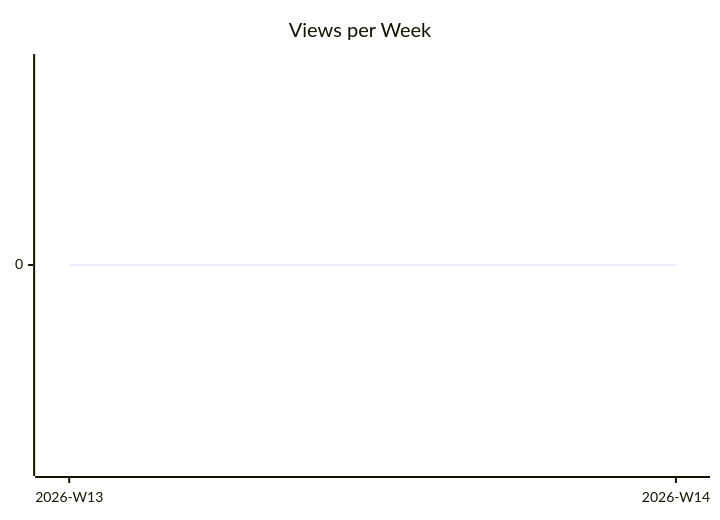
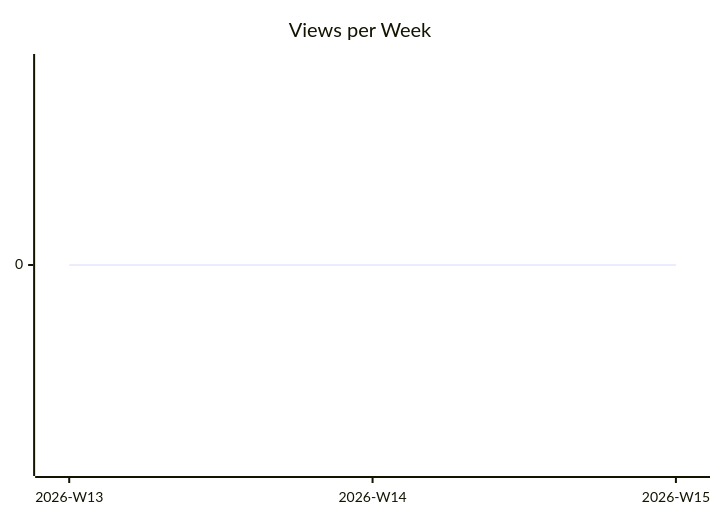
Before and after one commit to justdavis-family/github-analytics-data: the second of 3 diagrams in karlmdavis/ansible-roles/README.md, drawn with Mermaid. The commit also changed other lines of this file and 190 other files, not shown here.

````diff
--- a/karlmdavis/ansible-roles/README.md
+++ b/karlmdavis/ansible-roles/README.md
@@ -12,6 +12,6 @@
 ```mermaid
 xychart-beta
   title "Views per Week"
-  x-axis ["2026-W13", "2026-W14"]
-  line [0, 0]
+  x-axis ["2026-W13", "2026-W14", "2026-W15"]
+  line [0, 0, 0]
 ```
````
